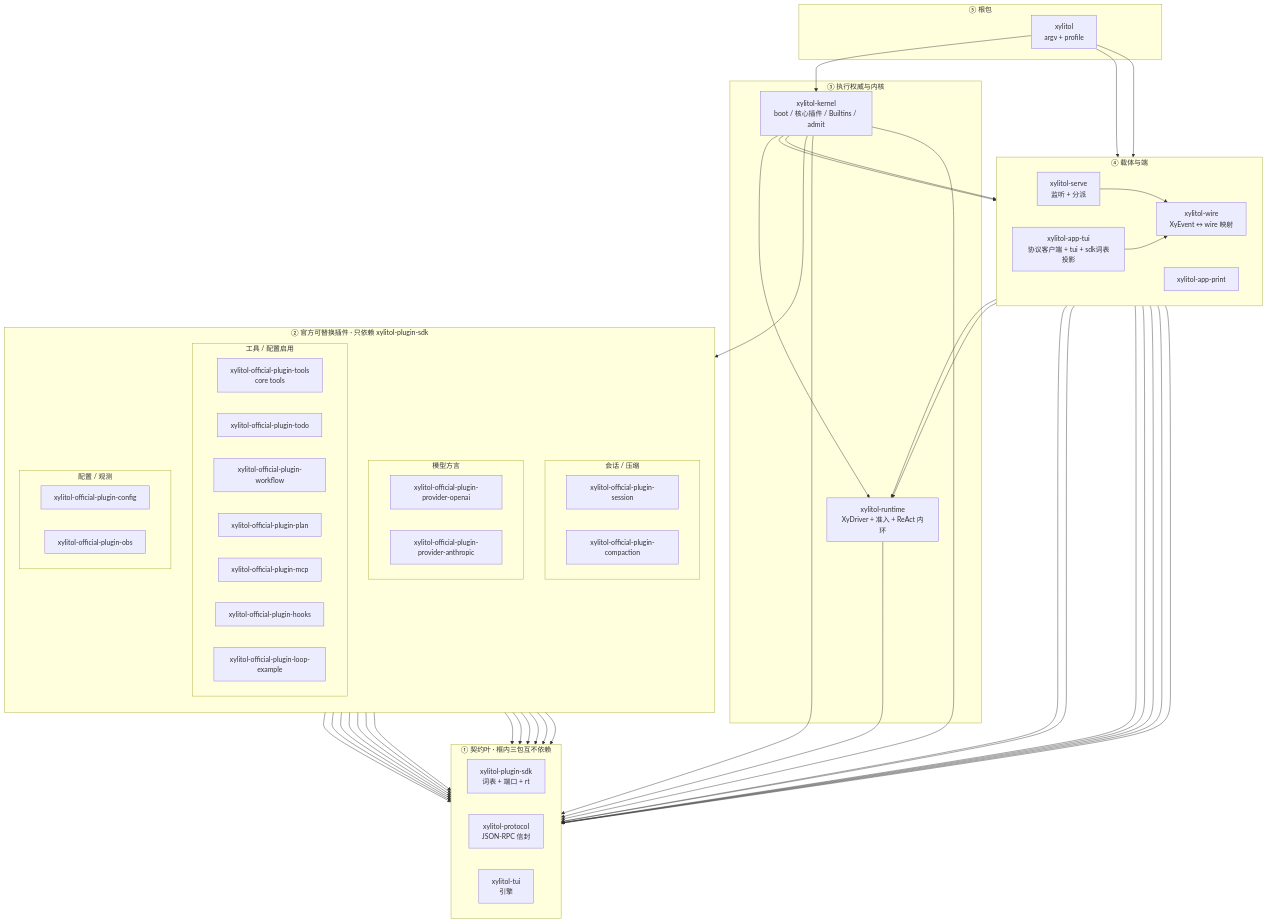
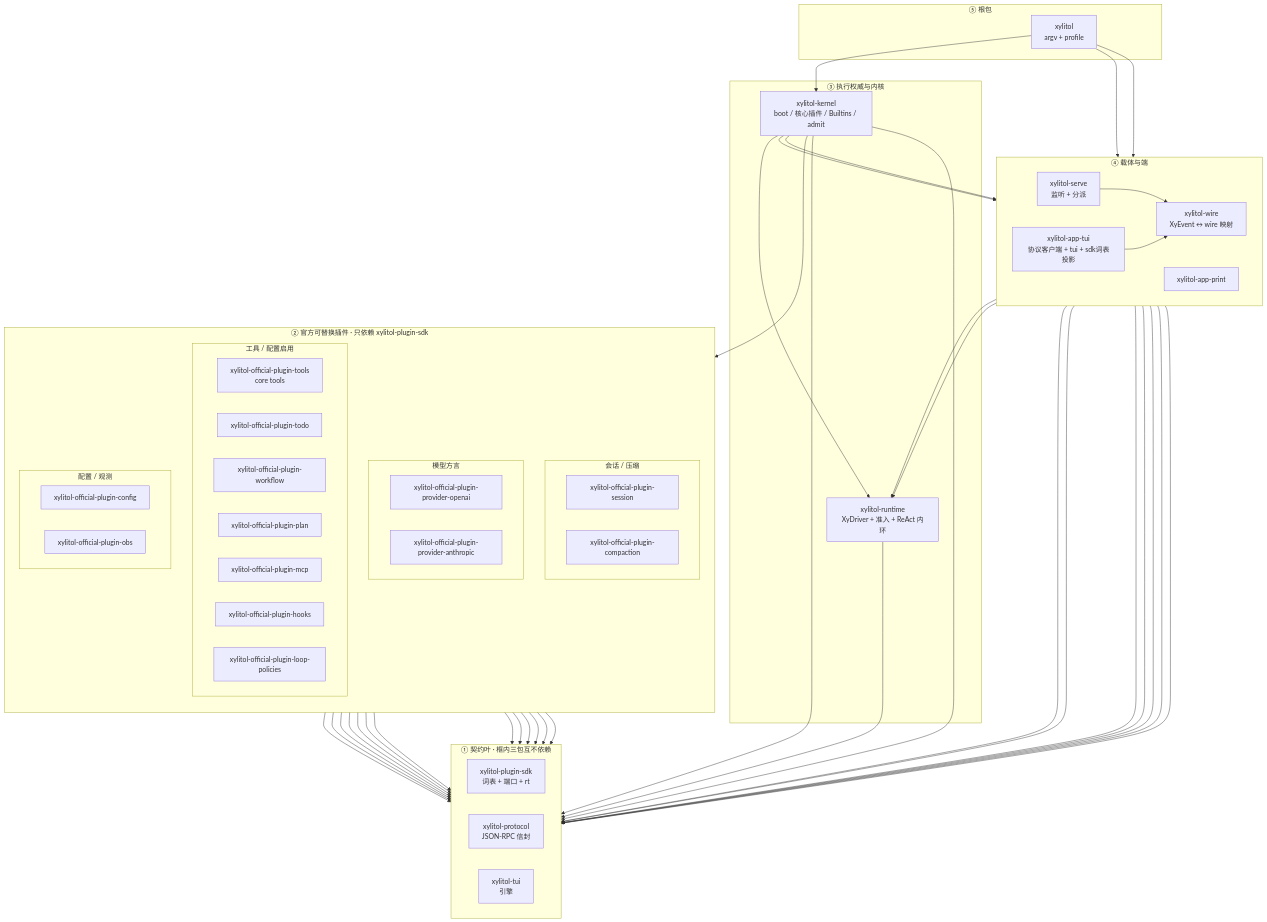
Before and after one commit to StrayDragon/xylitol: the diagram in src/AGENTS.md, drawn with Mermaid. The commit also changed other lines of this file and 38 other files, not shown here.

```diff
--- a/src/AGENTS.md
+++ b/src/AGENTS.md
@@ -47,7 +47,7 @@
       xylitol_official_plugin_plan["xylitol-official-plugin-plan"]
       xylitol_official_plugin_mcp["xylitol-official-plugin-mcp"]
       xylitol_official_plugin_hooks["xylitol-official-plugin-hooks"]
-      xylitol_official_plugin_loop_example["xylitol-official-plugin-loop-example"]
+      xylitol_official_plugin_loop_policies["xylitol-official-plugin-loop-policies"]
     end
     subgraph plugins_host["配置 / 观测"]
       direction LR
@@ -83,7 +83,7 @@
   xylitol_official_plugin_plan --> xylitol_plugin_sdk
   xylitol_official_plugin_mcp --> xylitol_plugin_sdk
   xylitol_official_plugin_hooks --> xylitol_plugin_sdk
-  xylitol_official_plugin_loop_example --> xylitol_plugin_sdk
+  xylitol_official_plugin_loop_policies --> xylitol_plugin_sdk
   xylitol_official_plugin_config --> xylitol_plugin_sdk
   xylitol_official_plugin_obs --> xylitol_plugin_sdk
   xylitol_runtime --> xylitol_plugin_sdk
```
